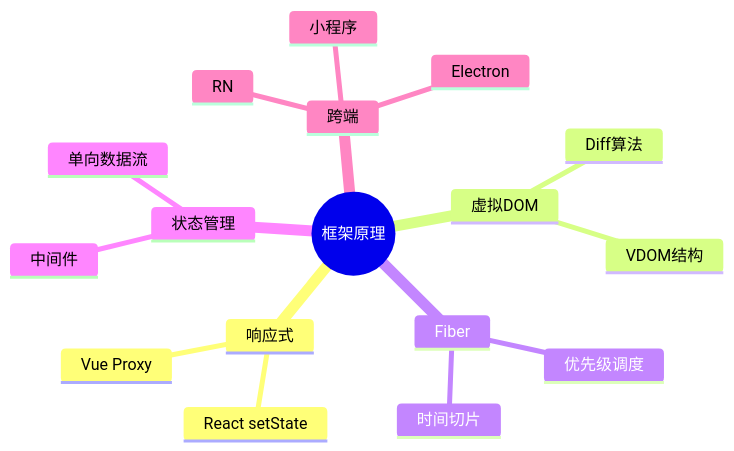
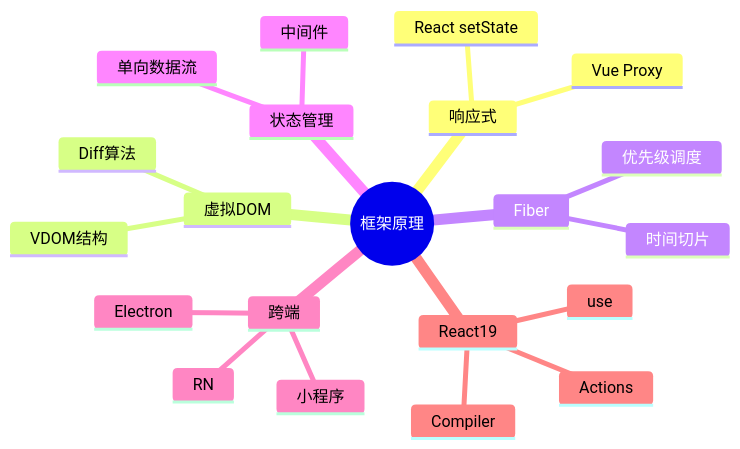
The first of 2 diagrams in 02-框架与底层原理/00-本章导读.md (c-builder/study), drawn with Mermaid before and after one commit. The commit also changed other lines of this file and 28 other files, not shown here.

````diff
--- a/02-框架与底层原理/00-本章导读.md
+++ b/02-框架与底层原理/00-本章导读.md
@@ -14,20 +14,24 @@
 ```mermaid
 mindmap
   root((框架原理))
     响应式
       Vue Proxy
       React setState
     虚拟DOM
       VDOM结构
       Diff算法
     Fiber
       时间切片
       优先级调度
     状态管理
       单向数据流
       中间件
     跨端
       小程序
       RN
       Electron
+    React19
+      use
+      Actions
+      Compiler
 ```
````
